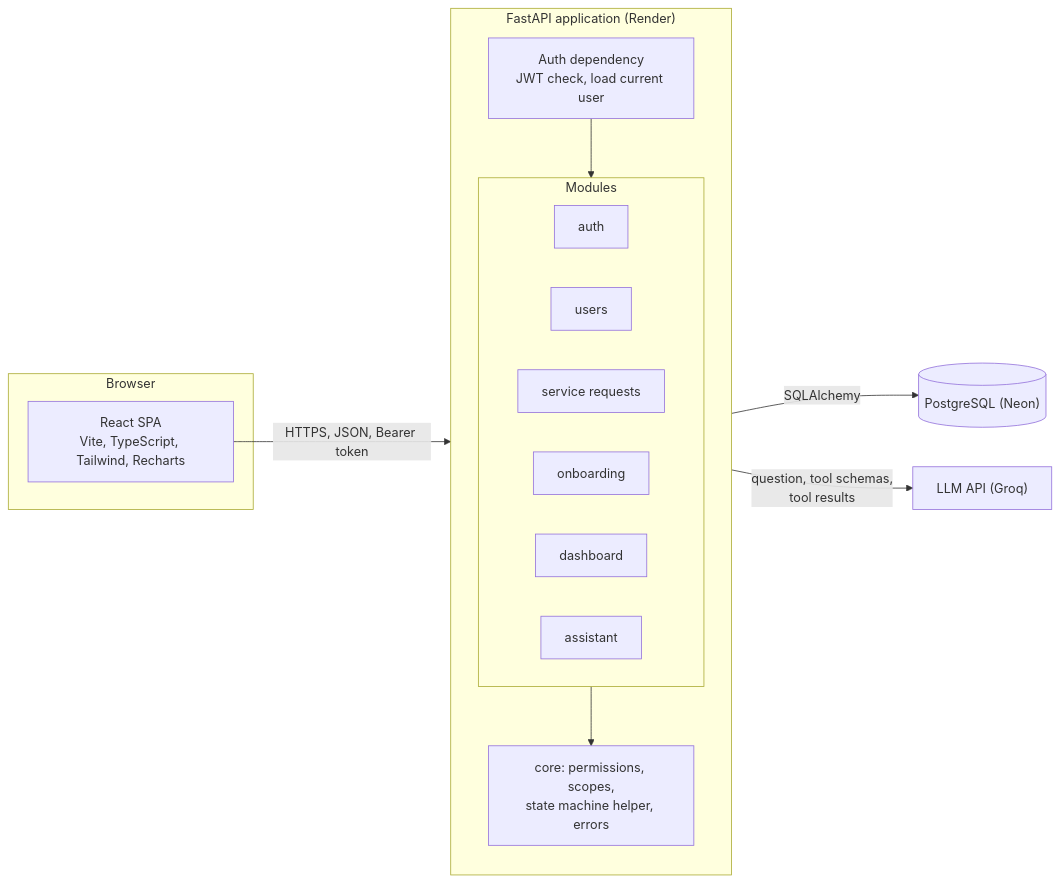
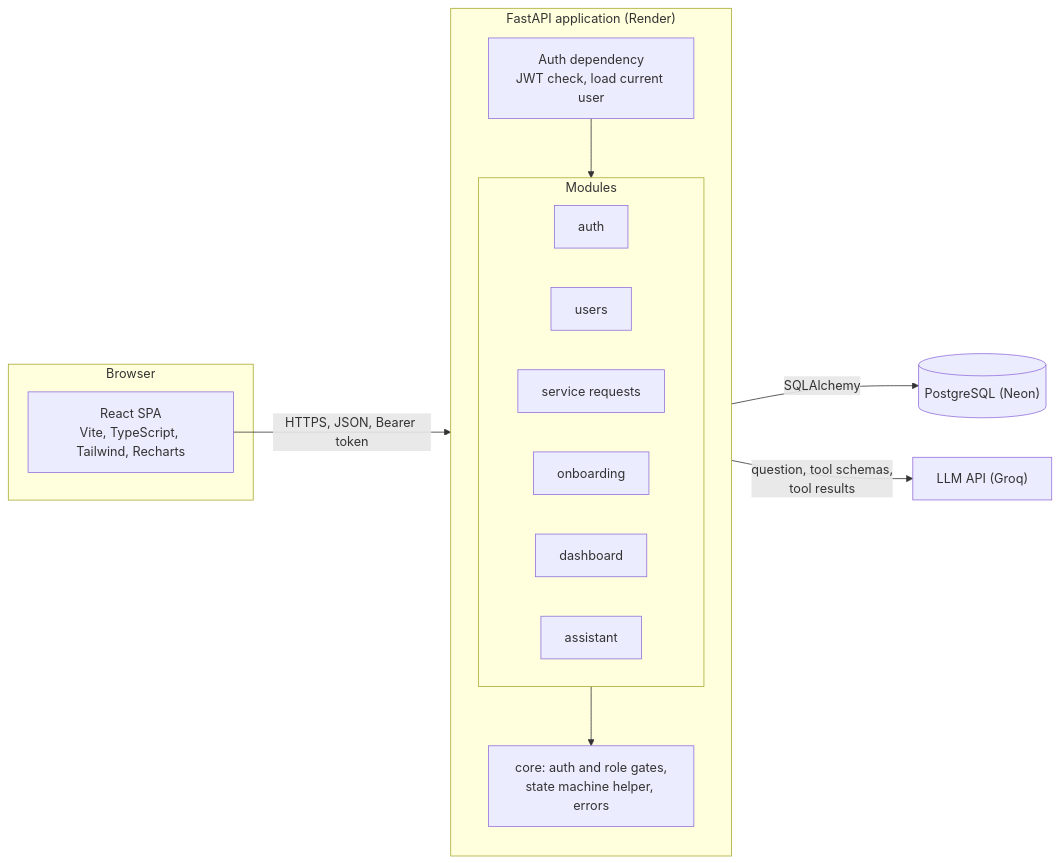
Before and after one commit to SaifSiddique009/hris-service-onboarding-platform: the first of 7 diagrams in ARCHITECTURE.md, drawn with Mermaid. The commit also changed other lines of this file and 2 other files, not shown here.

````diff
--- a/ARCHITECTURE.md
+++ b/ARCHITECTURE.md
@@ -25,30 +25,30 @@
 ```mermaid
 flowchart LR
     subgraph Browser
         SPA["React SPA<br/>Vite, TypeScript, Tailwind, Recharts"]
     end
 
     subgraph API["FastAPI application (Render)"]
         direction TB
         MW["Auth dependency<br/>JWT check, load current user"]
         subgraph Modules
             direction LR
             AUTH["auth"]
             USERS["users"]
             REQ["service requests"]
             ONB["onboarding"]
             DASH["dashboard"]
             AI["assistant"]
         end
-        CORE["core: permissions, scopes,<br/>state machine helper, errors"]
+        CORE["core: auth and role gates,<br/>state machine helper, errors"]
         MW --> Modules
         Modules --> CORE
     end
 
     DB[("PostgreSQL (Neon)")]
     LLM["LLM API (Groq)"]
 
     SPA -- "HTTPS, JSON, Bearer token" --> MW
     CORE -- "SQLAlchemy" --> DB
     AI -- "question, tool schemas,<br/>tool results" --> LLM
 ```
````
